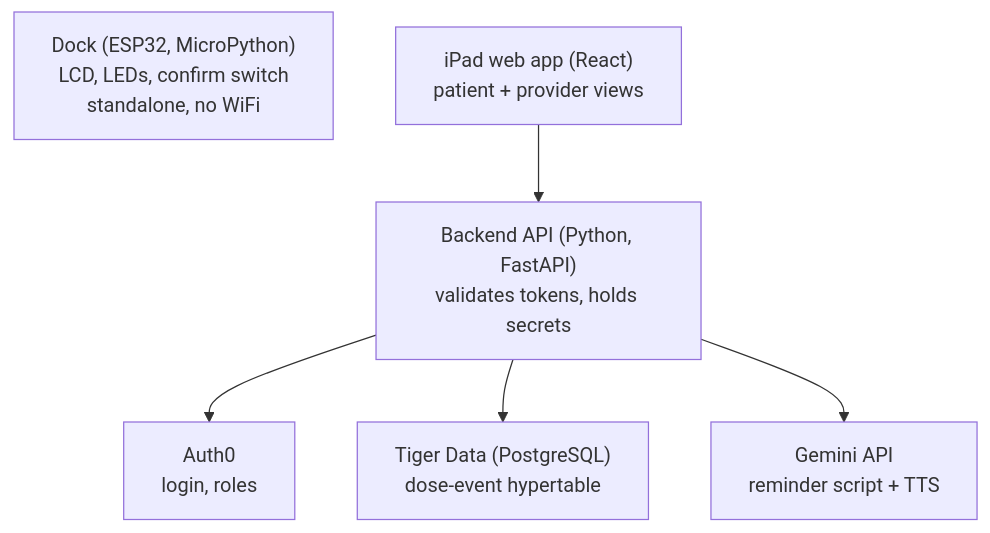
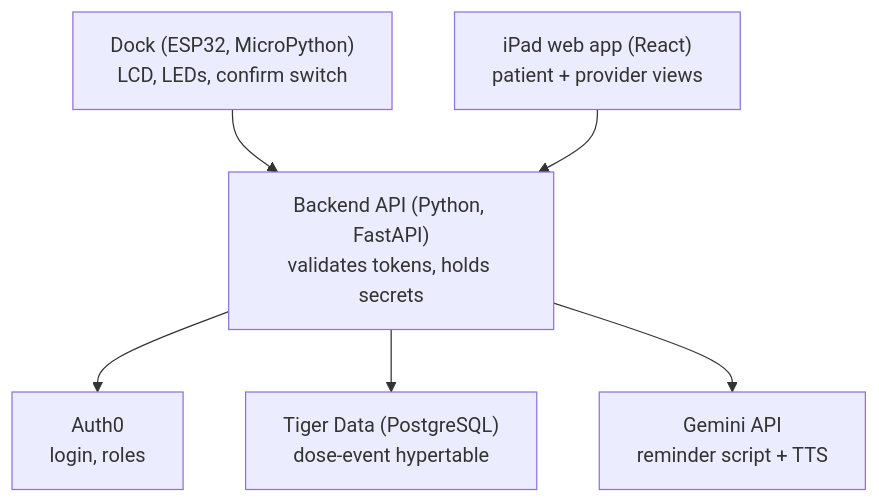
The diagram in README.md (Monisha-Repos/postop-eyedrop-adherence), drawn with Mermaid before and after one commit. The commit also changed other lines of this file and 8 other files, not shown here.

````diff
--- a/README.md
+++ b/README.md
@@ -26,8 +27,8 @@
 ```mermaid
 flowchart TD
-    Box["Dock (ESP32, MicroPython)<br/>LCD, LEDs, confirm switch<br/>standalone, no WiFi"]
+    Box["Dock (ESP32, MicroPython)<br/>LCD, LEDs, confirm switch"] --> API
     App["iPad web app (React)<br/>patient + provider views"] --> API
     API["Backend API (Python, FastAPI)<br/>validates tokens, holds secrets"] --> Auth0["Auth0<br/>login, roles"]
     API --> Tiger["Tiger Data (PostgreSQL)<br/>dose-event hypertable"]
     API --> Gemini["Gemini API<br/>reminder script + TTS"]
 ```
````
